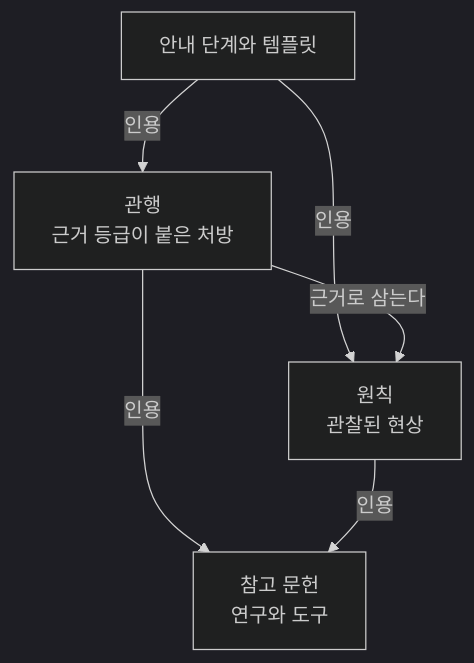
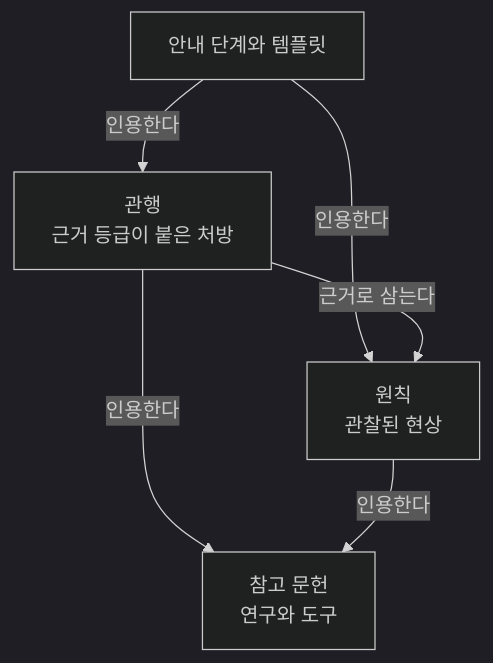
Before and after one commit to dalsoop/stable-agent-documentation-guidebook: the second of 2 diagrams in README.ko.md, drawn with Mermaid (dark theme). The commit also changed other lines of this file and 17 other files, not shown here.

````diff
--- a/README.ko.md
+++ b/README.ko.md
@@ -31,8 +41,8 @@
 ```mermaid
 flowchart TB
-  G["안내 단계와 템플릿"] -->|인용| R["관행<br/>근거 등급이 붙은 처방"]
-  G -->|인용| P["원칙<br/>관찰된 현상"]
+  G["안내 단계와 템플릿"] -->|인용한다| R["관행<br/>근거 등급이 붙은 처방"]
+  G -->|인용한다| P["원칙<br/>관찰된 현상"]
   R -->|근거로 삼는다| P
-  R -->|인용| REF["참고 문헌<br/>연구와 도구"]
-  P -->|인용| REF
+  R -->|인용한다| REF["참고 문헌<br/>연구와 도구"]
+  P -->|인용한다| REF
 ```
````
